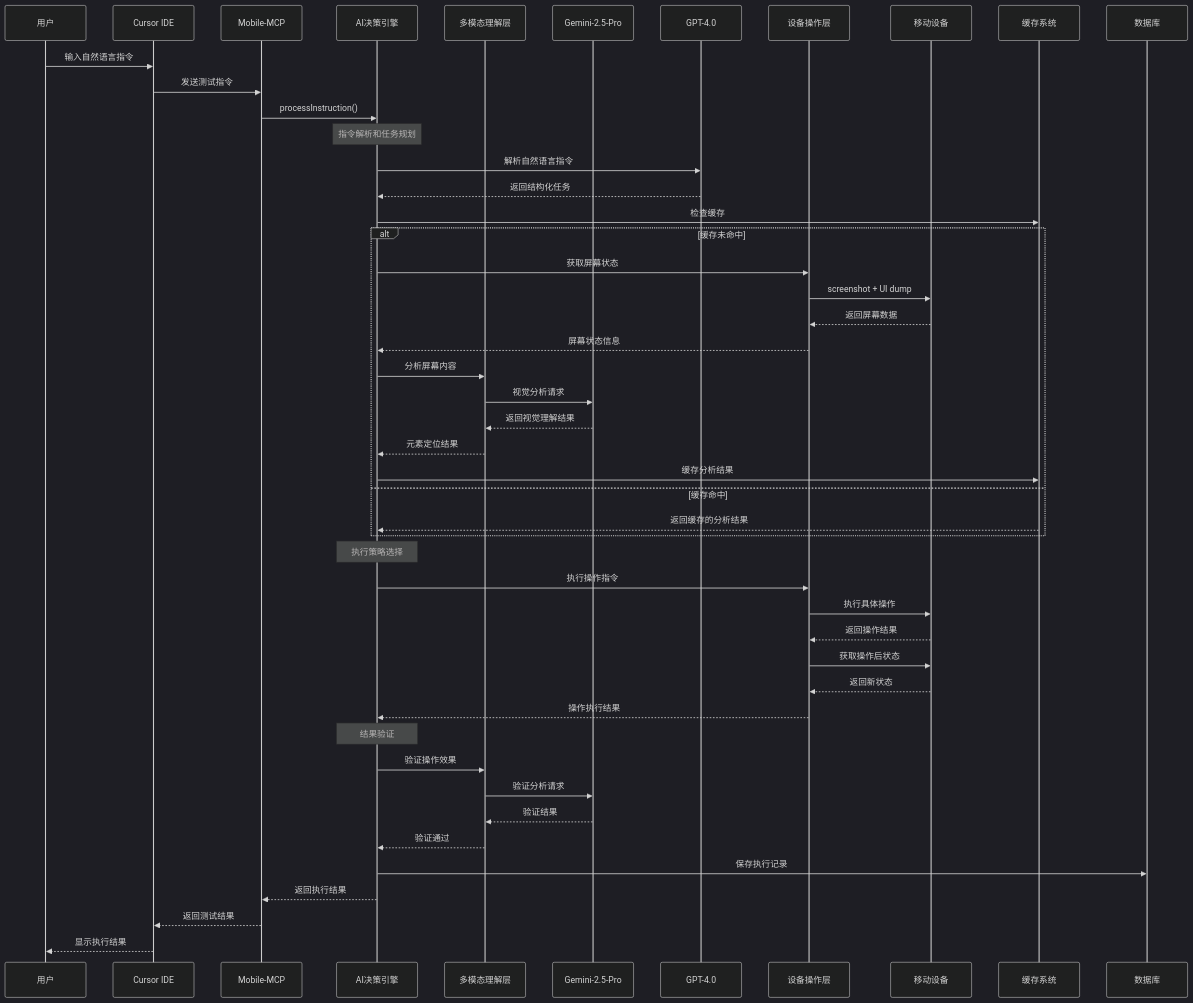
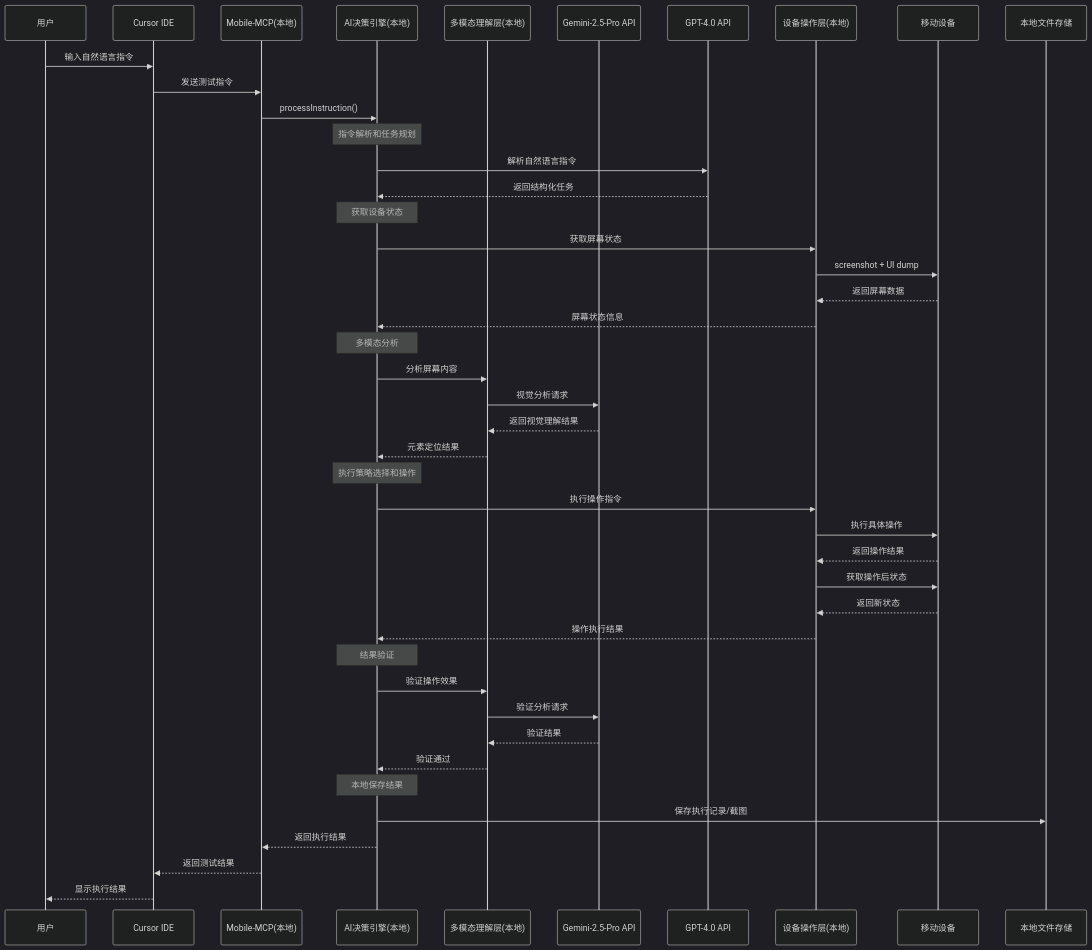
Diagram 11 of 31 in Tech.md (zhuozp/AI-UI-), drawn with Mermaid (dark theme) before and after one commit. The commit also changed other lines of this file, not shown here.

````diff
--- a/Tech.md
+++ b/Tech.md
@@ -991,59 +957,54 @@
 ```mermaid
 sequenceDiagram
     participant User as 用户
     participant Cursor as Cursor IDE
-    participant MCP as Mobile-MCP
-    participant AIEngine as AI决策引擎
-    participant Multimodal as 多模态理解层
-    participant GeminiAPI as Gemini-2.5-Pro
-    participant GPTAPI as GPT-4.0
-    participant DeviceOp as 设备操作层
+    participant MCP as Mobile-MCP(本地)
+    participant AIEngine as AI决策引擎(本地)
+    participant Multimodal as 多模态理解层(本地)
+    participant GeminiAPI as Gemini-2.5-Pro API
+    participant GPTAPI as GPT-4.0 API
+    participant DeviceOp as 设备操作层(本地)
     participant Device as 移动设备
-    participant Cache as 缓存系统
-    participant DB as 数据库
+    participant LocalFiles as 本地文件存储
     
     User->>Cursor: 输入自然语言指令
     Cursor->>MCP: 发送测试指令
     MCP->>AIEngine: processInstruction()
     
     Note over AIEngine: 指令解析和任务规划
     AIEngine->>GPTAPI: 解析自然语言指令
     GPTAPI-->>AIEngine: 返回结构化任务
-    AIEngine->>Cache: 检查缓存
     
-    alt 缓存未命中
-        AIEngine->>DeviceOp: 获取屏幕状态
-        DeviceOp->>Device: screenshot + UI dump
-        Device-->>DeviceOp: 返回屏幕数据
-        DeviceOp-->>AIEngine: 屏幕状态信息
-        
-        AIEngine->>Multimodal: 分析屏幕内容
-        Multimodal->>GeminiAPI: 视觉分析请求
-        GeminiAPI-->>Multimodal: 返回视觉理解结果
-        Multimodal-->>AIEngine: 元素定位结果
-        
-        AIEngine->>Cache: 缓存分析结果
-    else 缓存命中
-        Cache-->>AIEngine: 返回缓存的分析结果
-    end
+    Note over AIEngine: 获取设备状态
+    AIEngine->>DeviceOp: 获取屏幕状态
+    DeviceOp->>Device: screenshot + UI dump
+    Device-->>DeviceOp: 返回屏幕数据
+    DeviceOp-->>AIEngine: 屏幕状态信息
     
-    Note over AIEngine: 执行策略选择
+    Note over AIEngine: 多模态分析
+    AIEngine->>Multimodal: 分析屏幕内容
+    Multimodal->>GeminiAPI: 视觉分析请求
+    GeminiAPI-->>Multimodal: 返回视觉理解结果
+    Multimodal-->>AIEngine: 元素定位结果
+    
+    Note over AIEngine: 执行策略选择和操作
     AIEngine->>DeviceOp: 执行操作指令
     DeviceOp->>Device: 执行具体操作
     Device-->>DeviceOp: 返回操作结果
     
     DeviceOp->>Device: 获取操作后状态
     Device-->>DeviceOp: 返回新状态
     DeviceOp-->>AIEngine: 操作执行结果
     
     Note over AIEngine: 结果验证
     AIEngine->>Multimodal: 验证操作效果
     Multimodal->>GeminiAPI: 验证分析请求
     GeminiAPI-->>Multimodal: 验证结果
     Multimodal-->>AIEngine: 验证通过
     
-    AIEngine->>DB: 保存执行记录
+    Note over AIEngine: 本地保存结果
+    AIEngine->>LocalFiles: 保存执行记录/截图
     AIEngine-->>MCP: 返回执行结果
     MCP-->>Cursor: 返回测试结果
     Cursor-->>User: 显示执行结果
 ```
````
